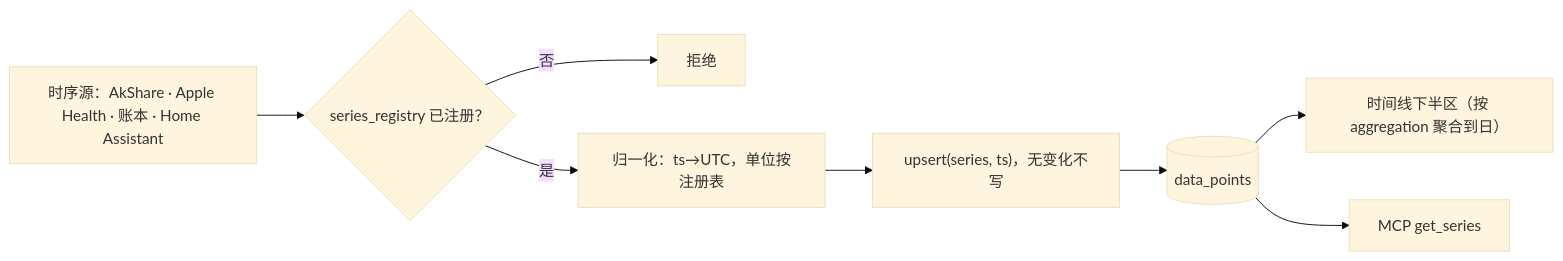
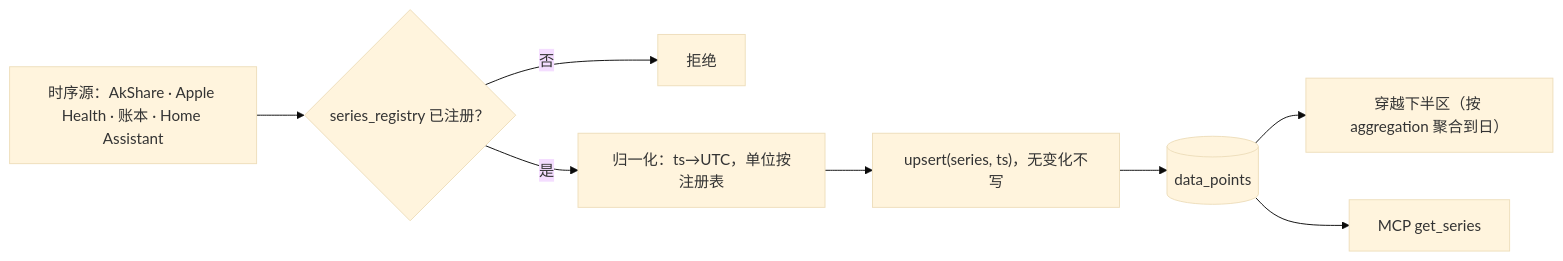
One commit to keylin/allin-one changed the second of 4 diagrams in docs/design_data_model.md. Above: the diagram before and after it, drawn with Mermaid (base theme). The commit also changed other lines of this file, not shown here.

````diff
--- a/docs/design_data_model.md
+++ b/docs/design_data_model.md
@@ -300,8 +311,8 @@
 ```mermaid
 flowchart LR
   S["时序源：AkShare · Apple Health · 账本 · Home Assistant"] --> R{"series_registry 已注册？"}
   R -->|否| X["拒绝"]
   R -->|是| N["归一化：ts→UTC，单位按注册表"] --> U["upsert(series, ts)，无变化不写"] --> DP[("data_points")]
-  DP --> T["时间线下半区（按 aggregation 聚合到日）"]
+  DP --> T["穿越下半区（按 aggregation 聚合到日）"]
   DP --> Q["MCP get_series"]
 ```
````
